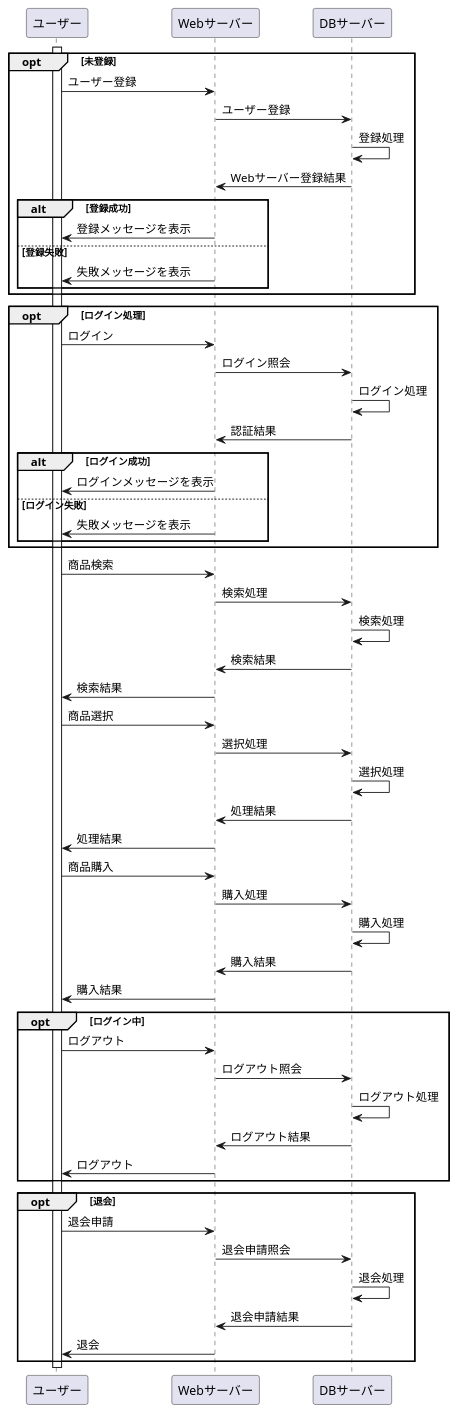
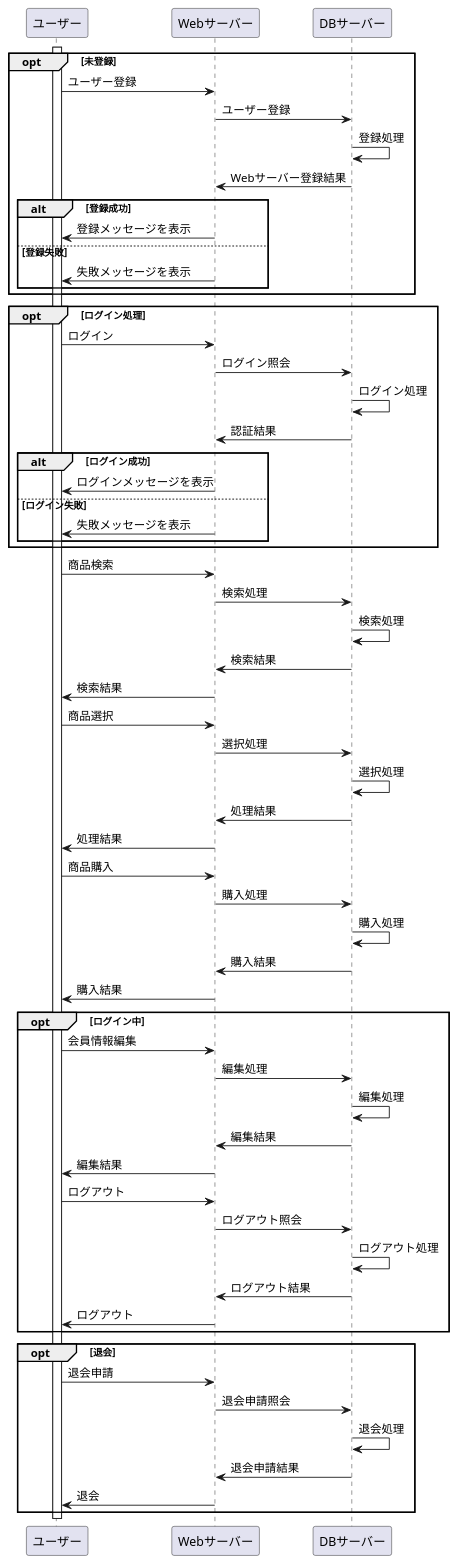
One commit to Aso2001163/2021sys-design-2 changed the diagram in Mypage(業務フロー).md. Above: the diagram before and after it, drawn with PlantUML.

````diff
--- a/Mypage(業務フロー).md
+++ b/Mypage(業務フロー).md
@@ -1,72 +1,78 @@
 ```uml
 @startuml
 opt 未登録
 
 ユーザー -> Webサーバー:ユーザー登録
 Webサーバー -> DBサーバー:ユーザー登録
 DBサーバー -> DBサーバー:登録処理
 DBサーバー -> Webサーバー:Webサーバー登録結果
 
   alt 登録成功
    Webサーバー -> ユーザー:登録メッセージを表示
   else 登録失敗
    Webサーバー -> ユーザー:失敗メッセージを表示
   end
 end
 
 opt ログイン処理
 ユーザー -> Webサーバー:ログイン
 Webサーバー -> DBサーバー:ログイン照会
 DBサーバー -> DBサーバー:ログイン処理
 DBサーバー -> Webサーバー:認証結果
 
   alt ログイン成功
     Webサーバー -> ユーザー:ログインメッセージを表示
   else ログイン失敗
     Webサーバー -> ユーザー:失敗メッセージを表示
   end
 end
 
 activate ユーザー
 
 ユーザー -> Webサーバー:商品検索
 Webサーバー -> DBサーバー:検索処理
 DBサーバー -> DBサーバー:検索処理
 DBサーバー -> Webサーバー:検索結果
 Webサーバー -> ユーザー:検索結果
 
 ユーザー -> Webサーバー:商品選択
 Webサーバー -> DBサーバー:選択処理
 DBサーバー -> DBサーバー:選択処理
 DBサーバー -> Webサーバー:処理結果
 Webサーバー -> ユーザー:処理結果
 
 ユーザー -> Webサーバー:商品購入
 Webサーバー -> DBサーバー:購入処理
 DBサーバー -> DBサーバー:購入処理
 DBサーバー -> Webサーバー:購入結果
 Webサーバー -> ユーザー:購入結果
 
 opt ログイン中
 
+ユーザー -> Webサーバー:会員情報編集
+Webサーバー -> DBサーバー:編集処理
+DBサーバー -> DBサーバー:編集処理
+DBサーバー -> Webサーバー:編集結果
+Webサーバー -> ユーザー:編集結果
+
 ユーザー -> Webサーバー:ログアウト
 Webサーバー -> DBサーバー:ログアウト照会
 DBサーバー -> DBサーバー:ログアウト処理
 DBサーバー -> Webサーバー:ログアウト結果
 Webサーバー -> ユーザー:ログアウト
 
 end
 
 opt 退会
 
 ユーザー -> Webサーバー:退会申請
 Webサーバー -> DBサーバー:退会申請照会
 DBサーバー -> DBサーバー:退会処理
 DBサーバー -> Webサーバー:退会申請結果
 Webサーバー -> ユーザー:退会
 
 end
 
 deactivate ユーザー
 @enduml
 ```
````
